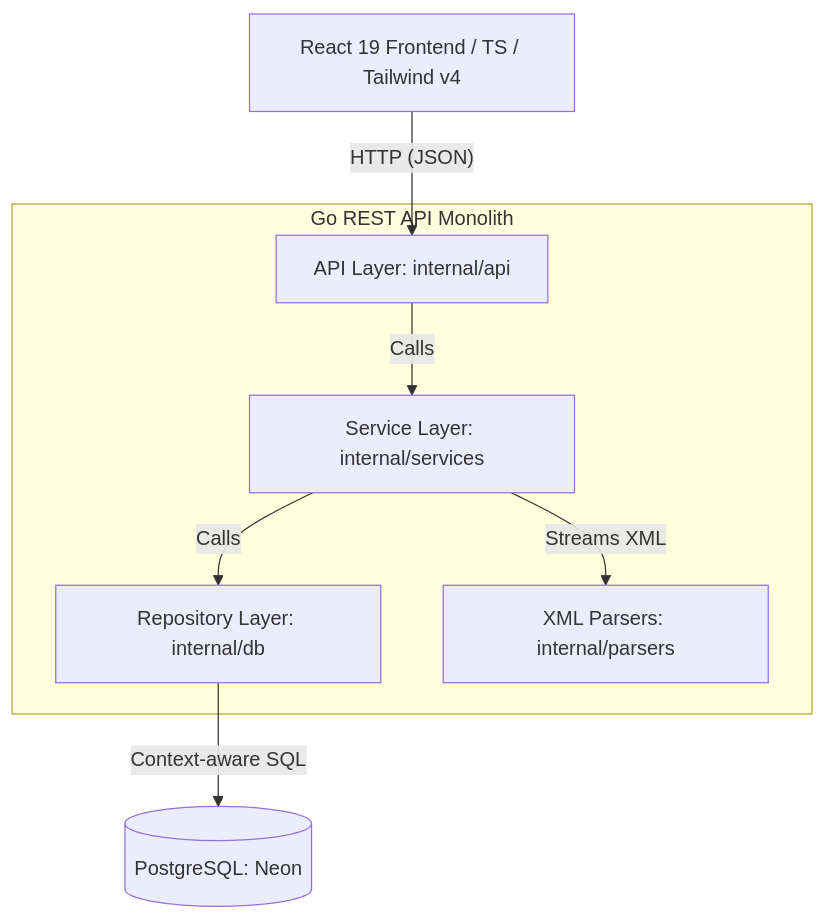
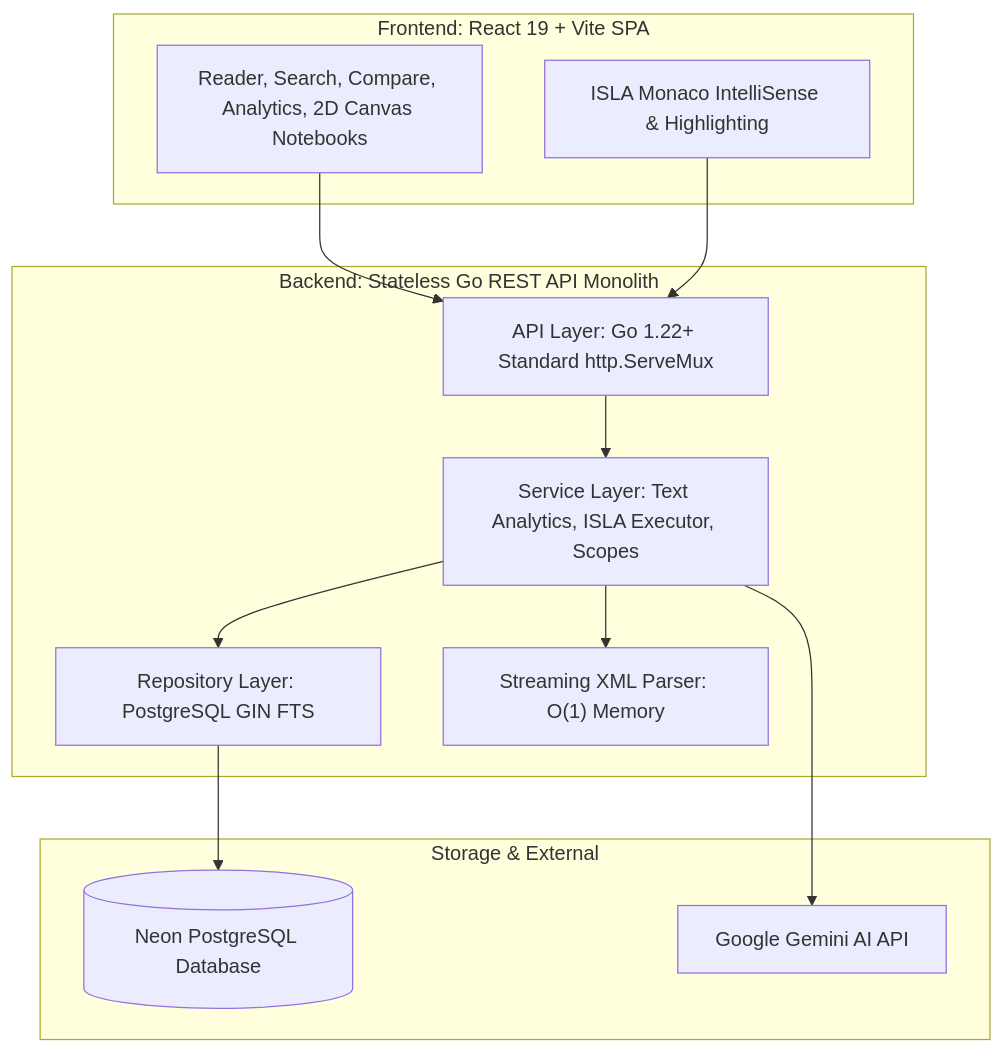
The diagram in README.md (mvirtai/clible-v3-go), drawn with Mermaid before and after one commit. The commit also changed other lines of this file and 28 other files, not shown here.

````diff
--- a/README.md
+++ b/README.md
@@ -23,19 +92,27 @@
 ```mermaid
-graph TD
-    UI[React 19 Frontend / TS / Tailwind v4]
-    
-    subgraph Go Backend [Go REST API Monolith]
-        API[API Layer: internal/api]
-        SVC[Service Layer: internal/services]
-        REP[Repository Layer: internal/db]
-        PRS[XML Parsers: internal/parsers]
+flowchart TD
+    subgraph Frontend_App ["Frontend: React 19 + Vite SPA"]
+        UI["Reader, Search, Compare, Analytics, 2D Canvas Notebooks"]
+        Monaco["ISLA Monaco IntelliSense & Highlighting"]
     end
 
-    DB[(PostgreSQL: Neon)]
+    subgraph Backend_App ["Backend: Stateless Go REST API Monolith"]
+        API["API Layer: Go 1.22+ Standard http.ServeMux"]
+        SVC["Service Layer: Text Analytics, ISLA Executor, Scopes"]
+        REP["Repository Layer: PostgreSQL GIN FTS"]
+        PRS["Streaming XML Parser: O(1) Memory"]
+    end
 
-    UI -- "HTTP (JSON)" --> API
-    API -- "Calls" --> SVC
-    SVC -- "Calls" --> REP
-    SVC -- "Streams XML" --> PRS
-    REP -- "Context-aware SQL" --> DB
+    subgraph Storage_External ["Storage & External"]
+        DB[("Neon PostgreSQL Database")]
+        AI["Google Gemini AI API"]
+    end
+
+    UI --> API
+    Monaco --> API
+    API --> SVC
+    SVC --> REP
+    SVC --> PRS
+    SVC --> AI
+    REP --> DB
 ```
````
